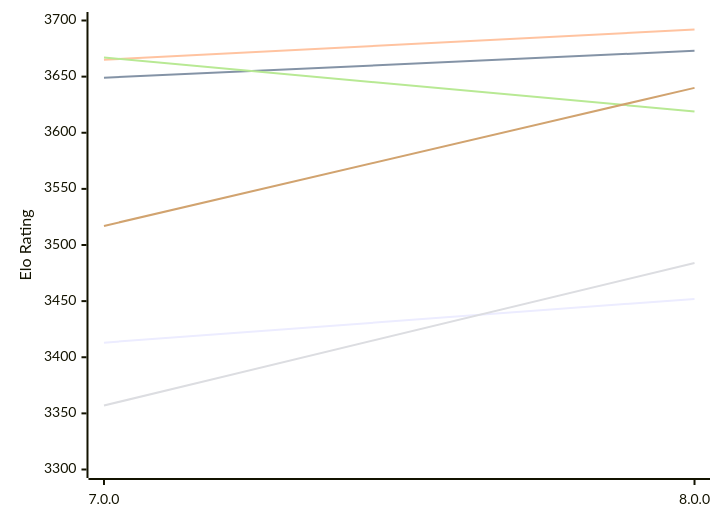
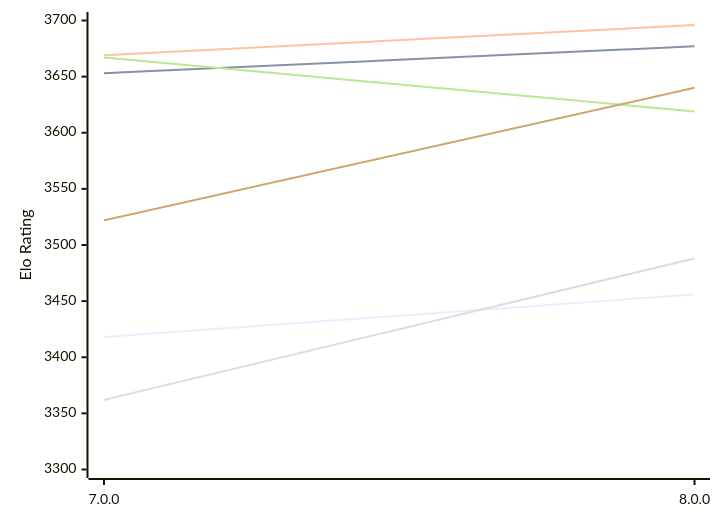
The first of 2 diagrams in engines/PlentyChess.md (computer-chess-index/cci), drawn with Mermaid before and after one commit. The commit also changed other lines of this file, not shown here.

Commit message:
Update CCI Ratings (ELO VLTC) - 2026-11-20

````diff
--- a/engines/PlentyChess.md
+++ b/engines/PlentyChess.md
@@ -55,12 +55,12 @@
 ```mermaid
 %%{init: {"theme":"base","themeVariables":{"seriesColors:['#a3a3a3','#222221','#faa371']}}}%%
 xychart-beta
   x-axis ["7.0.0", "8.0.0"]
   y-axis "Elo Rating" 3300 --> 3700
-  line "E1: STC (8.0+0.08s)" [3413, 3452]
-  line "E1: LTC (60.0+0.60s)" [3649, 3673]
-  line "E1: VLTC (2m24s+1.12s)" [3665, 3692]
-  line "P1: STC (8.0+0.08s)" [3357, 3484]
+  line "E1: STC (8.0+0.08s)" [3418, 3456]
+  line "E1: LTC (60.0+0.60s)" [3653, 3677]
+  line "E1: VLTC (2m24s+1.12s)" [3669, 3696]
+  line "P1: STC (8.0+0.08s)" [3362, 3488]
   line "P1: LTC (60.0+0.60s)" [3667, 3619]
-  line "P1: VLTC (2m24s+1.12s)" [3517, 3640]
+  line "P1: VLTC (2m24s+1.12s)" [3522, 3640]
 ```
````
